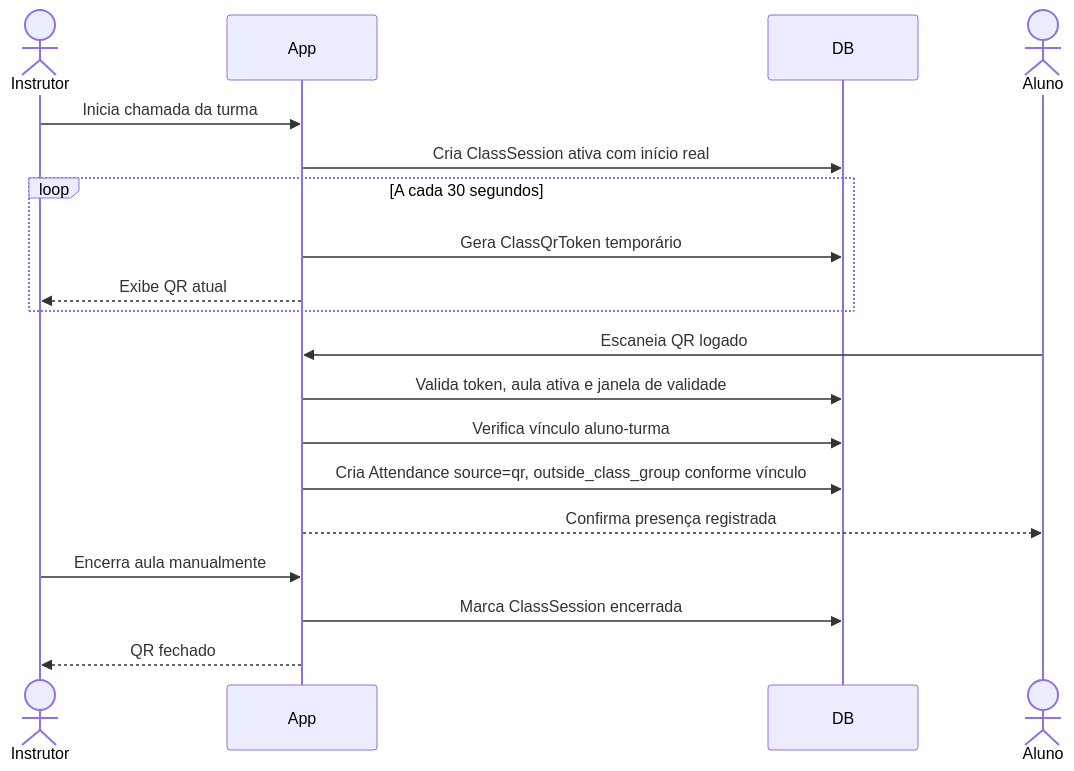
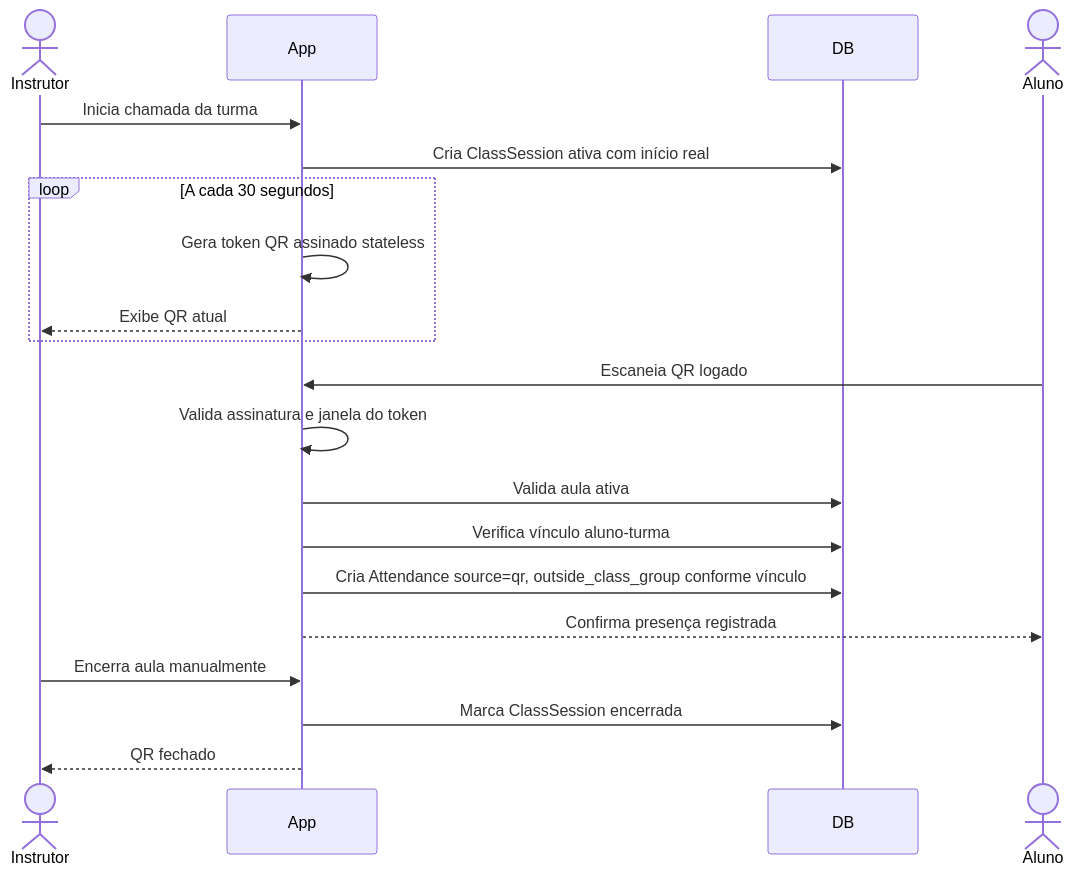
One commit to marcosgenesis/tatamiq changed the eighth of 13 diagrams in docs/architecture/diagrams-v0.md. Above: the diagram before and after it, drawn with Mermaid. The commit also changed other lines of this file and 5 other files, not shown here.

````diff
--- a/docs/architecture/diagrams-v0.md
+++ b/docs/architecture/diagrams-v0.md
@@ -390,22 +380,23 @@
 ```mermaid
 sequenceDiagram
   actor Instrutor
   participant App
   participant DB
   actor Aluno
 
   Instrutor->>App: Inicia chamada da turma
   App->>DB: Cria ClassSession ativa com início real
   loop A cada 30 segundos
-    App->>DB: Gera ClassQrToken temporário
+    App->>App: Gera token QR assinado stateless
     App-->>Instrutor: Exibe QR atual
   end
   Aluno->>App: Escaneia QR logado
-  App->>DB: Valida token, aula ativa e janela de validade
+  App->>App: Valida assinatura e janela do token
+  App->>DB: Valida aula ativa
   App->>DB: Verifica vínculo aluno-turma
   App->>DB: Cria Attendance source=qr, outside_class_group conforme vínculo
   App-->>Aluno: Confirma presença registrada
   Instrutor->>App: Encerra aula manualmente
   App->>DB: Marca ClassSession encerrada
   App-->>Instrutor: QR fechado
 ```
````
